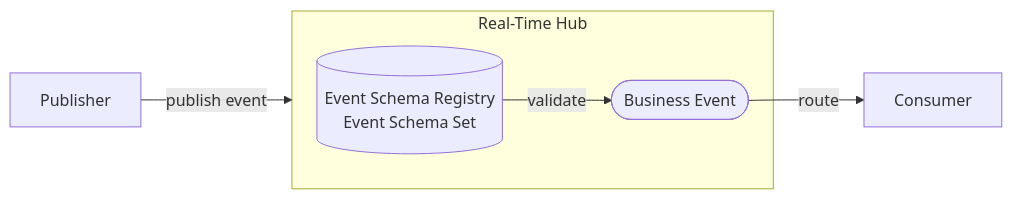
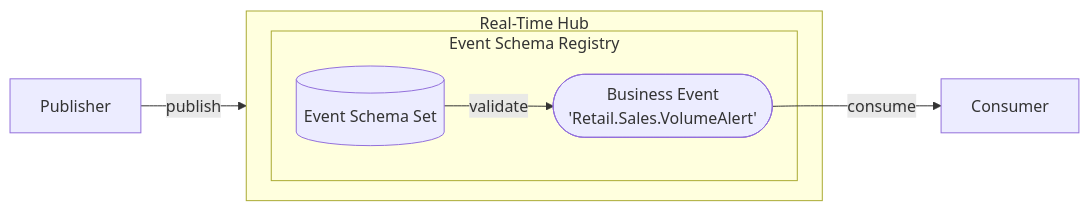
Before and after one commit to microsoft/fabric-events: the second of 3 diagrams in docs/business-events/introduction/architecture-overview.md, drawn with Mermaid. The commit also changed other lines of this file and 9 other files, not shown here.

First line of the commit message:
Standardize Business Event diagram nodes across all articles

````diff
--- a/docs/business-events/introduction/architecture-overview.md
+++ b/docs/business-events/introduction/architecture-overview.md
@@ -42,8 +44,11 @@
 ```mermaid
 flowchart LR
-    PUB[Publisher] -->|publish event| RTH
+    PUB[Publisher] -->|publish| RTH
     subgraph RTH[Real-Time Hub]
-        ESR[(Event Schema Registry\nEvent Schema Set)] -->|validate| BE([Business Event])
+        subgraph ESR[Event Schema Registry]
+            SS[(Event Schema Set)]
+            SS -->|validate| BE([Business Event\n'Retail.Sales.VolumeAlert'])
+        end
     end
-    BE -->|route| CON[Consumer]
+    BE -->|consume| CON[Consumer]
 ```
````
